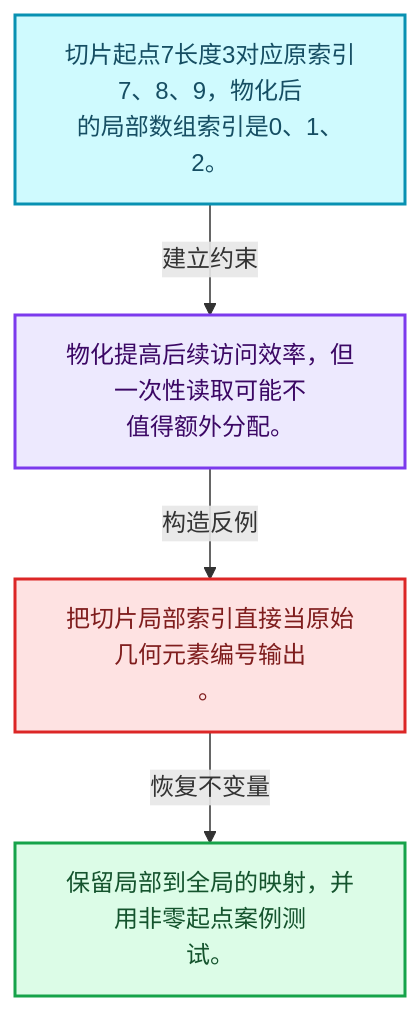
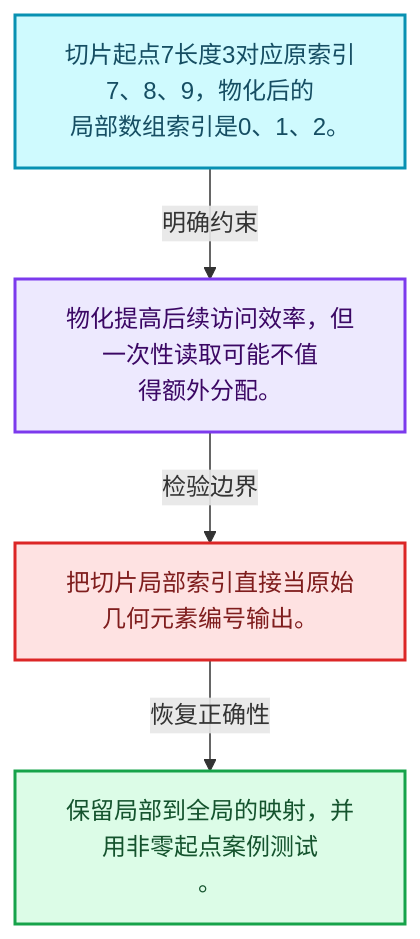
One commit to yunkezengren/blender-.vscode changed the first of 4 diagrams in 杂/markdown/全面学习-codex/04-虚拟数组与索引选择/06-切片与物化.md. Above: the diagram before and after it, drawn with Mermaid. The commit also changed other lines of this file and 1930 other files, not shown here.

````diff
--- a/杂/markdown/全面学习-codex/04-虚拟数组与索引选择/06-切片与物化.md
+++ b/杂/markdown/全面学习-codex/04-虚拟数组与索引选择/06-切片与物化.md
@@ -29,16 +29,16 @@
 ```mermaid
 flowchart TB
-  M["切片起点7长度3对应原索引7、8、9，物化后<br/>的局部数组索引是0、1、2。"]:::data
-  T["物化提高后续访问效率，但一次性读取可能不<br/>值得额外分配。"]:::abstraction
-  X["把切片局部索引直接当原始几何元素编号输出<br/>。"]:::error
-  A["保留局部到全局的映射，并用非零起点案例测<br/>试。"]:::result
-  M -->|"建立约束"| T
-  T -->|"构造反例"| X
-  X -->|"恢复不变量"| A
+  M["切片起点7长度3对应原索引7、8、9，物化后的<br/>局部数组索引是0、1、2。"]:::data
+  C["物化提高后续访问效率，但一次性读取可能不值<br/>得额外分配。"]:::abstraction
+  B["把切片局部索引直接当原始几何元素编号输出。"]:::error
+  R["保留局部到全局的映射，并用非零起点案例测试<br/>。"]:::result
+  M -->|"明确约束"| C
+  C -->|"检验边界"| B
+  B -->|"恢复正确性"| R
   classDef input fill:#DBEAFE,stroke:#2563EB,color:#172554,stroke-width:2px;
   classDef data fill:#CFFAFE,stroke:#0891B2,color:#164E63,stroke-width:2px;
   classDef abstraction fill:#EDE9FE,stroke:#7C3AED,color:#3B0764,stroke-width:2px;
   classDef compute fill:#FEF3C7,stroke:#D97706,color:#78350F,stroke-width:2px;
   classDef result fill:#DCFCE7,stroke:#16A34A,color:#14532D,stroke-width:2px;
   classDef error fill:#FEE2E2,stroke:#DC2626,color:#7F1D1D,stroke-width:2px;
 ```
````
